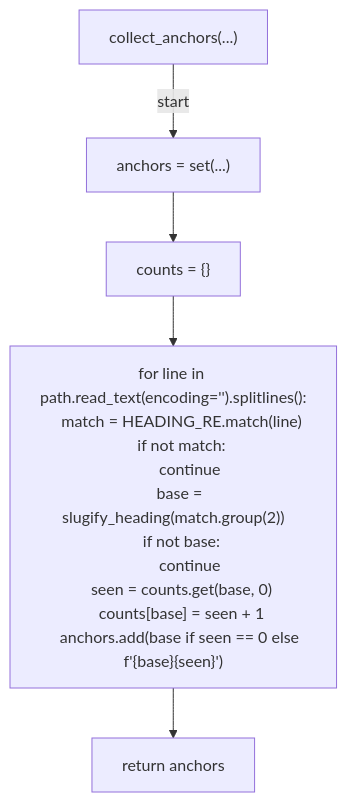
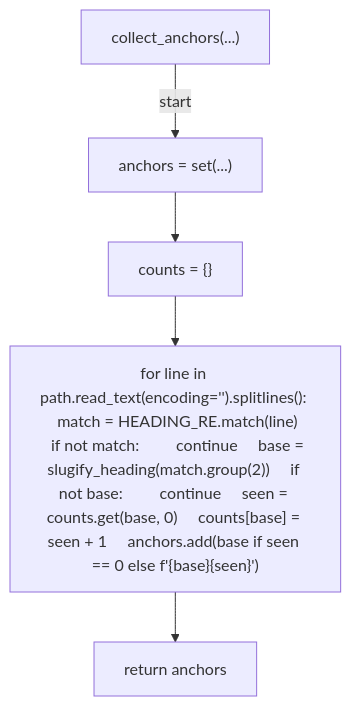
The seventh of 14 diagrams in docs/generated/scripts/ast/scan_markdown_links.md (tvna/claude-md), drawn with Mermaid before and after one commit. The commit also changed other lines of this file and 29 other files, not shown here.

First line of the commit message:
docs(generated): regenerate decision tree and workflow diagrams (batch 3/5)

````diff
--- a/docs/generated/scripts/ast/scan_markdown_links.md
+++ b/docs/generated/scripts/ast/scan_markdown_links.md
@@ -112,21 +105,12 @@
 ```mermaid
 flowchart TD
     N001["collect_anchors(...)"]
     N002["anchors = set(...)"]
     N003["counts = {}"]
-    N004["for line in path.read_text(encoding='<str>').splitlines():
-    match = HEADING_RE.match(line)
-    if not match:
-        continue
-    base = slugify_heading(match.group(2))
-    if not base:
-        continue
-    seen = counts.get(base, 0)
-    counts[base] = seen + 1
-    anchors.add(base if seen == 0 else f'{base}<str>{seen}')"]
+    N004["for line in path.read_text(encoding='<str>').splitlines():     match = HEADING_RE.match(line)     if not match:         continue     base = slugify_heading(match.group(2))     if not base:         continue     seen = counts.get(base, 0)     counts[base] = seen + 1     anchors.add(base if seen == 0 else f'{base}<str>{seen}')"]
     N005["return anchors"]
     N001 -->|"start"| N002
     N002 --> N003
     N003 --> N004
     N004 --> N005
 ```
````
